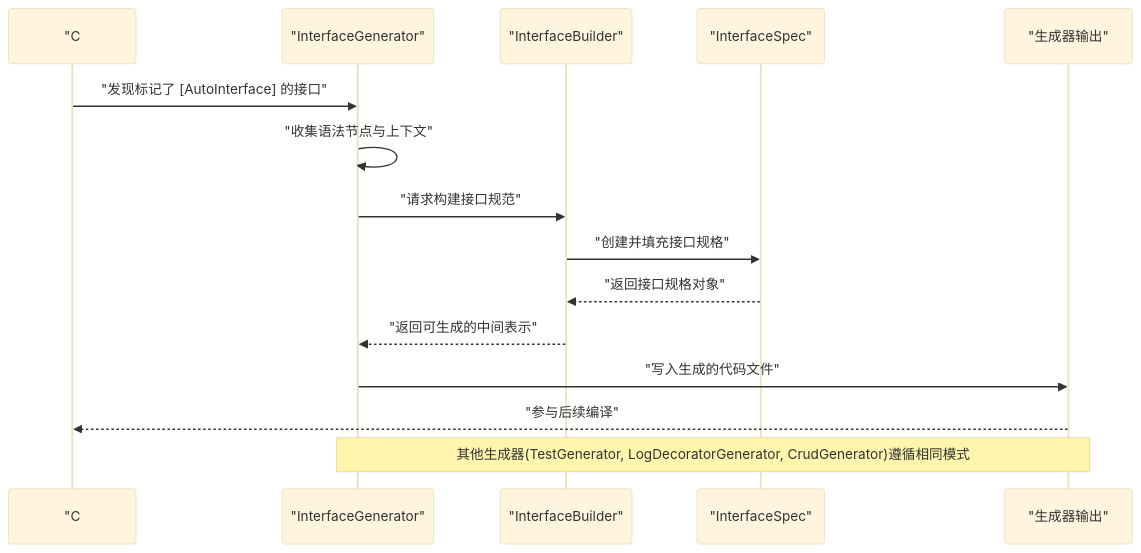
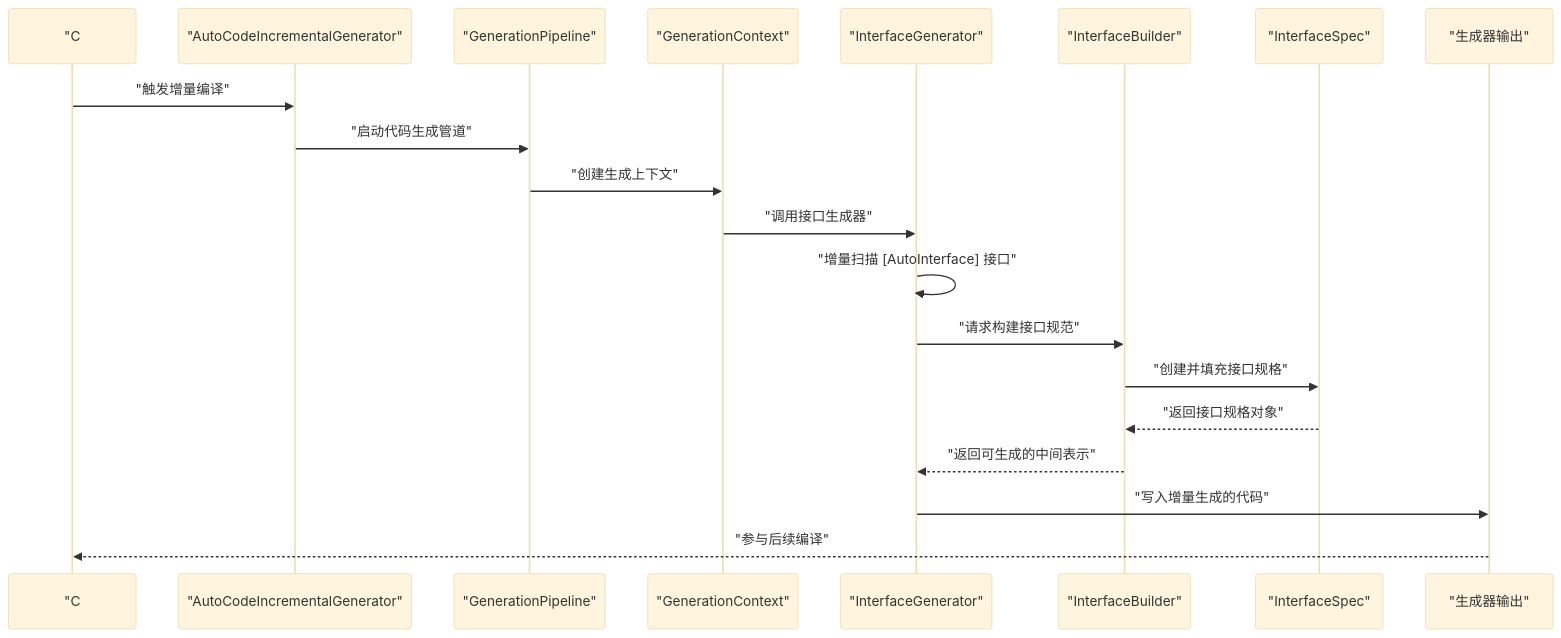
Before and after one commit to alivy/AutoCode: the second of 7 diagrams in .qoder/repowiki/zh/content/源代码生成器/源代码生成器.md, drawn with Mermaid (base theme). The commit also changed other lines of this file and 150 other files, not shown here.

````diff
--- a/.qoder/repowiki/zh/content/源代码生成器/源代码生成器.md
+++ b/.qoder/repowiki/zh/content/源代码生成器/源代码生成器.md
@@ -158,17 +168,22 @@
 ```mermaid
 sequenceDiagram
 participant Compiler as "C# 编译器"
+participant IncGen as "AutoCodeIncrementalGenerator"
+participant Pipe as "GenerationPipeline"
+participant Ctx as "GenerationContext"
 participant Gen as "InterfaceGenerator"
 participant Bld as "InterfaceBuilder"
-participant Spc as "InterfaceSpec"
-participant Out as "生成器输出"
-Compiler->>Gen : "发现标记了 [AutoInterface] 的接口"
-Gen->>Gen : "收集语法节点与上下文"
+participant Spec as "InterfaceSpec"
+participant Output as "生成器输出"
+Compiler->>IncGen : "触发增量编译"
+IncGen->>Pipe : "启动代码生成管道"
+Pipe->>Ctx : "创建生成上下文"
+Ctx->>Gen : "调用接口生成器"
+Gen->>Gen : "增量扫描 [AutoInterface] 接口"
 Gen->>Bld : "请求构建接口规范"
-Bld->>Spc : "创建并填充接口规格"
-Spc-->>Bld : "返回接口规格对象"
+Bld->>Spec : "创建并填充接口规格"
+Spec-->>Bld : "返回接口规格对象"
 Bld-->>Gen : "返回可生成的中间表示"
-Gen->>Out : "写入生成的代码文件"
-Out-->>Compiler : "参与后续编译"
-Note over Gen,Out : 其他生成器(TestGenerator, LogDecoratorGenerator, CrudGenerator)遵循相同模式
+Gen->>Output : "写入增量生成的代码"
+Output-->>Compiler : "参与后续编译"
 ```
````
